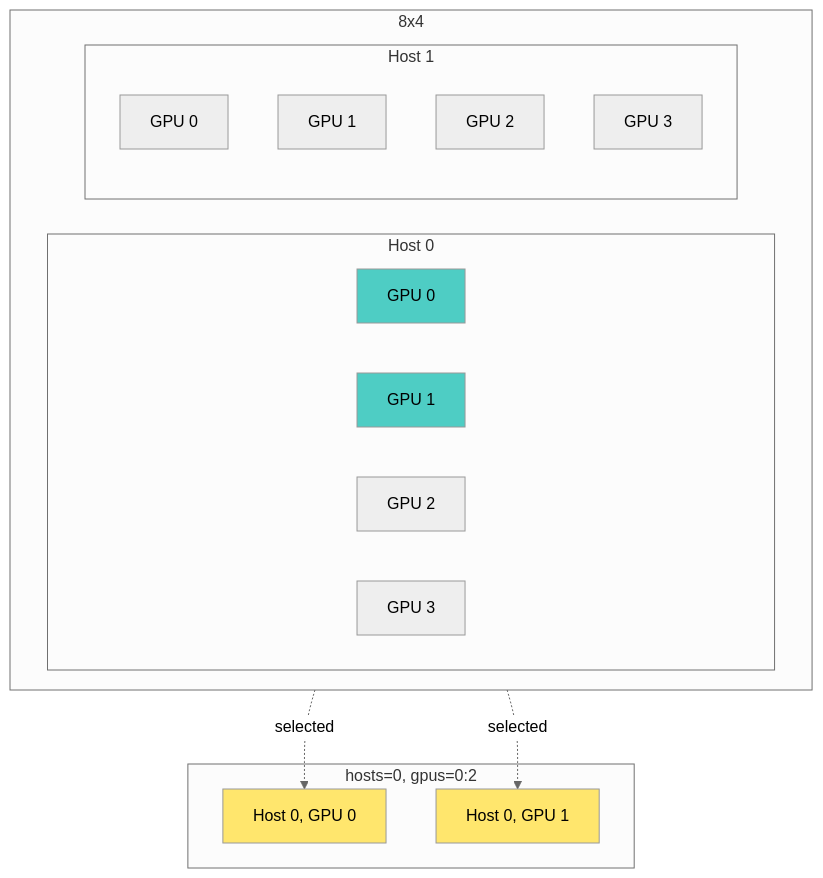
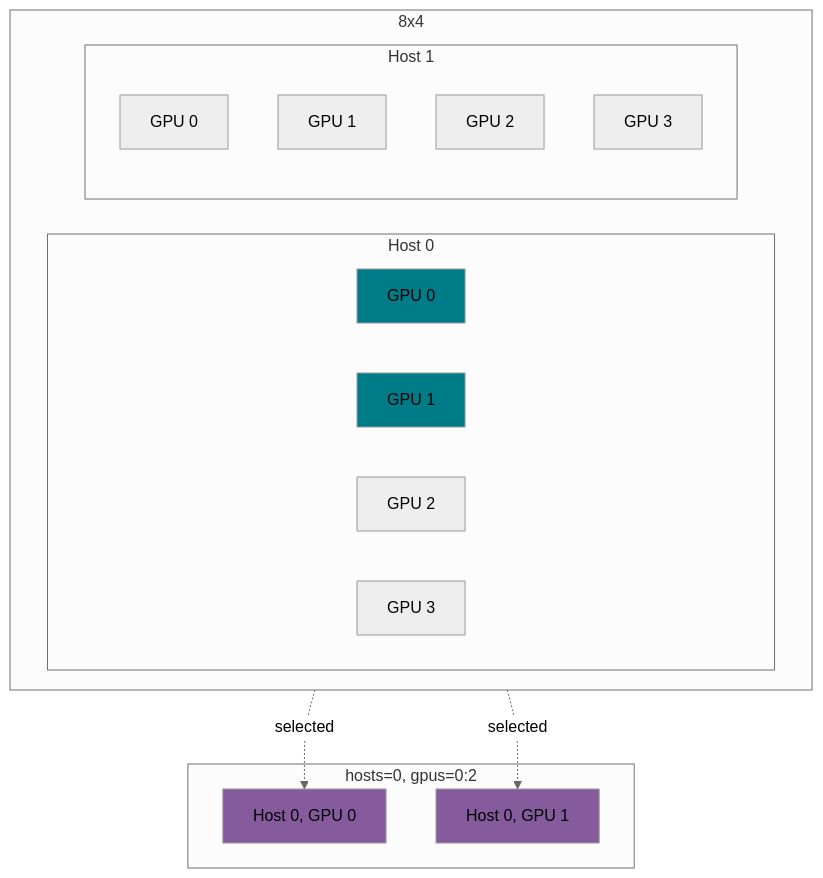
The tenth of 11 diagrams in docs/ACTORS.md (AlirezaShamsoshoara/monarch), drawn with Mermaid (neutral theme) before and after one commit. The commit also changed other lines of this file, not shown here.

Commit message:
update the actors.md for mermaid colors and errors

````diff
--- a/docs/ACTORS.md
+++ b/docs/ACTORS.md
@@ -622,31 +622,31 @@
 ```mermaid
 graph TB
     subgraph Full Mesh [8x4]
         direction LR
         subgraph R0[Host 0]
             H0G0[GPU 0]
             H0G1[GPU 1]
             H0G2[GPU 2]
             H0G3[GPU 3]
         end
         subgraph R1[Host 1]
             H1G0[GPU 0]
             H1G1[GPU 1]
             H1G2[GPU 2]
             H1G3[GPU 3]
         end
     end
 
     subgraph Slice Example [hosts=0, gpus=0:2]
         S0[Host 0, GPU 0]
         S1[Host 0, GPU 1]
     end
 
     H0G0 -.->|selected| S0
     H0G1 -.->|selected| S1
 
-    style H0G0 fill:#4ecdc4
-    style H0G1 fill:#4ecdc4
-    style S0 fill:#ffe66d
-    style S1 fill:#ffe66d
+    style H0G0 fill:#007c88
+    style H0G1 fill:#007c88
+    style S0 fill:#855b9d
+    style S1 fill:#855b9d
 ```
````
